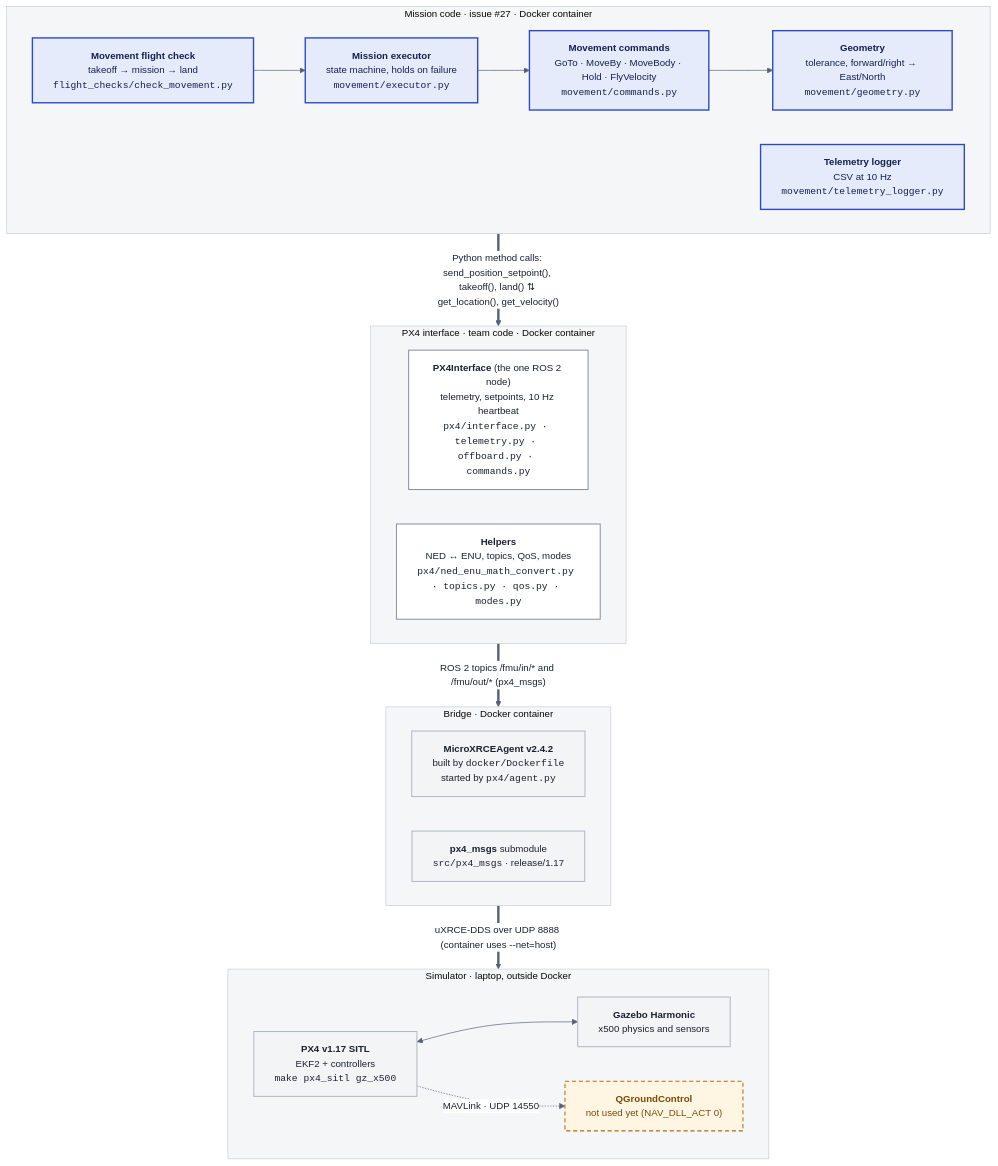
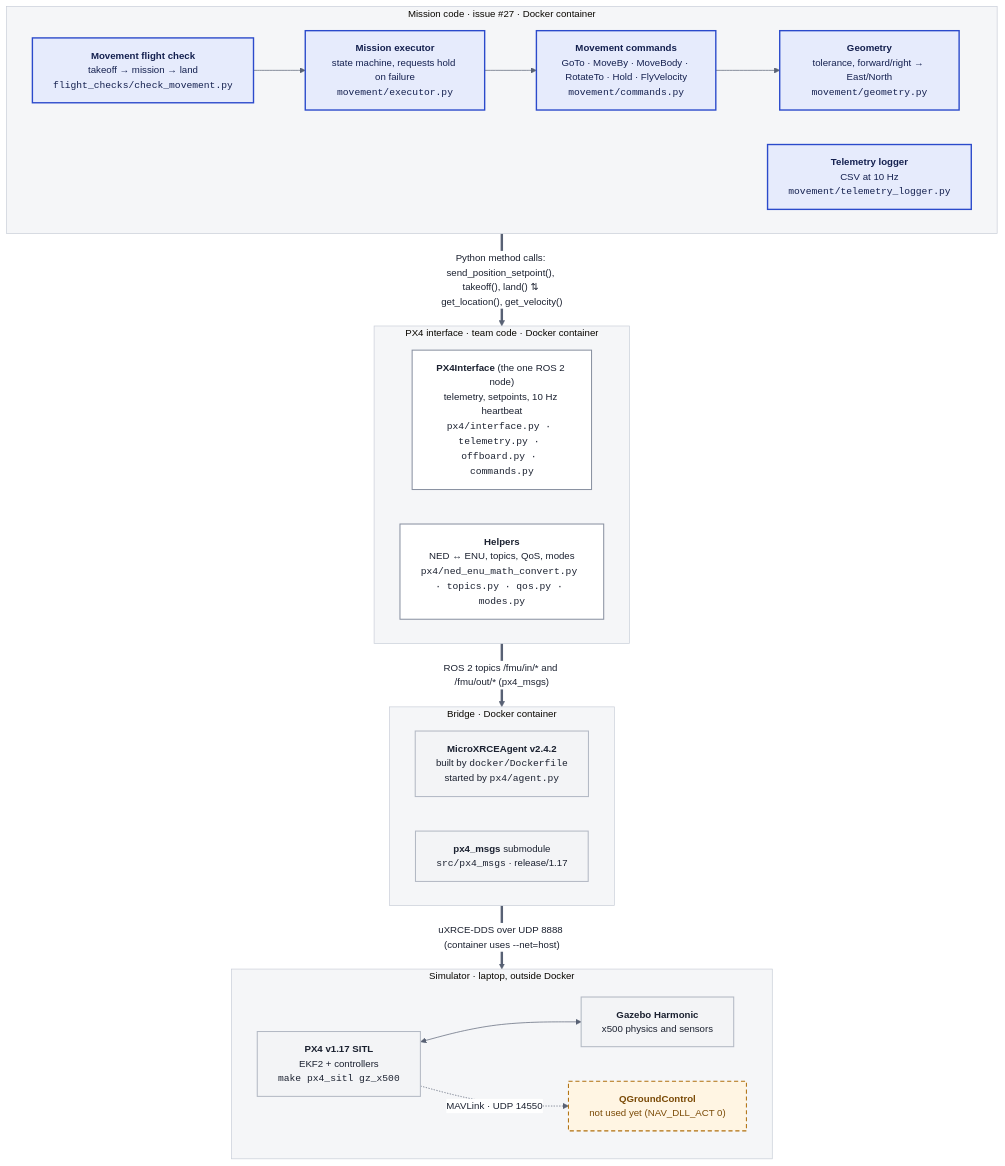
The first of 2 diagrams in docs/movement_architecture.md (mcgill-robotics/drone-SW-26-27), drawn with Mermaid before and after one commit. The commit also changed other lines of this file and 6 other files, not shown here.

Commit message:
feat(movement): add recovery handling and yaw commands

````diff
--- a/docs/movement_architecture.md
+++ b/docs/movement_architecture.md
@@ -13,43 +11,43 @@
 ```mermaid
 %%{init: {"theme":"base","themeVariables":{"clusterBkg":"#f5f6f8","clusterBorder":"#c9ced8","lineColor":"#586174","primaryTextColor":"#1b2130","edgeLabelBackground":"#ffffff","fontSize":"14px"}}}%%
 flowchart TB
   subgraph L1["Mission code · issue #27 · Docker container"]
     direction LR
     CHK["<b>Movement flight check</b><br/>takeoff → mission → land<br/><code>flight_checks/check_movement.py</code>"]:::new
-    EXE["<b>Mission executor</b><br/>state machine, holds on failure<br/><code>movement/executor.py</code>"]:::new
-    CMD["<b>Movement commands</b><br/>GoTo · MoveBy · MoveBody · Hold · FlyVelocity<br/><code>movement/commands.py</code>"]:::new
+    EXE["<b>Mission executor</b><br/>state machine, requests hold on failure<br/><code>movement/executor.py</code>"]:::new
+    CMD["<b>Movement commands</b><br/>GoTo · MoveBy · MoveBody · RotateTo · Hold · FlyVelocity<br/><code>movement/commands.py</code>"]:::new
     GEO["<b>Geometry</b><br/>tolerance, forward/right → East/North<br/><code>movement/geometry.py</code>"]:::new
     LOG["<b>Telemetry logger</b><br/>CSV at 10 Hz<br/><code>movement/telemetry_logger.py</code>"]:::new
     CHK --> EXE --> CMD --> GEO
   end
 
   subgraph L2["PX4 interface · team code · Docker container"]
     direction LR
     IF["<b>PX4Interface</b> (the one ROS 2 node)<br/>telemetry, setpoints, 10 Hz heartbeat<br/><code>px4/interface.py · telemetry.py · offboard.py · commands.py</code>"]:::team
     HLP["<b>Helpers</b><br/>NED ↔ ENU, topics, QoS, modes<br/><code>px4/ned_enu_math_convert.py · topics.py · qos.py · modes.py</code>"]:::team
   end
 
   subgraph L3["Bridge · Docker container"]
     direction LR
     AG["<b>MicroXRCEAgent v2.4.2</b><br/>built by <code>docker/Dockerfile</code><br/>started by <code>px4/agent.py</code>"]:::ext
     MSG["<b>px4_msgs</b> submodule<br/><code>src/px4_msgs</code> · release/1.17"]:::ext
   end
 
   subgraph L4["Simulator · laptop, outside Docker"]
     direction LR
     PX4["<b>PX4 v1.17 SITL</b><br/>EKF2 + controllers<br/><code>make px4_sitl gz_x500</code>"]:::ext
     GZ["<b>Gazebo Harmonic</b><br/>x500 physics and sensors"]:::ext
     QGC["<b>QGroundControl</b><br/>not used yet (NAV_DLL_ACT 0)"]:::later
   end
 
   L1 == "Python method calls: send_position_setpoint(), takeoff(), land() ⇅ get_location(), get_velocity()" ==> L2
   L2 == "ROS 2 topics /fmu/in/* and /fmu/out/* (px4_msgs)" ==> L3
   L3 == "uXRCE-DDS over UDP 8888 (container uses --net=host)" ==> L4
   PX4 <--> GZ
   PX4 -. "MAVLink · UDP 14550" .-> QGC
 
   classDef new fill:#e6ebfc,stroke:#2b4acb,stroke-width:2px,color:#14204f
   classDef team fill:#ffffff,stroke:#8a92a2,stroke-width:1.5px,color:#1b2130
   classDef ext fill:#f3f4f6,stroke:#b3b9c4,stroke-width:1.5px,color:#1b2130
   classDef later fill:#fff5e3,stroke:#b0700f,stroke-width:1.5px,stroke-dasharray:6 4,color:#7a4a06
 ```
````
